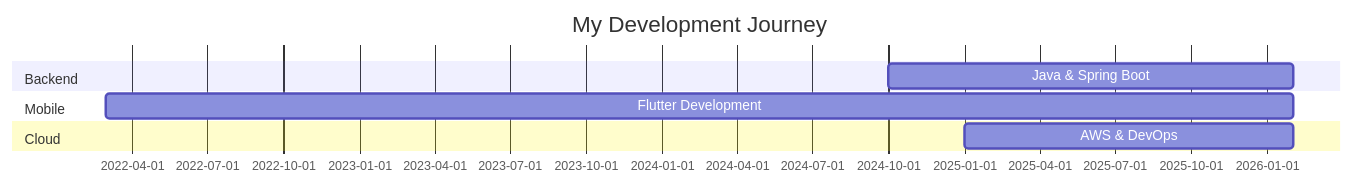
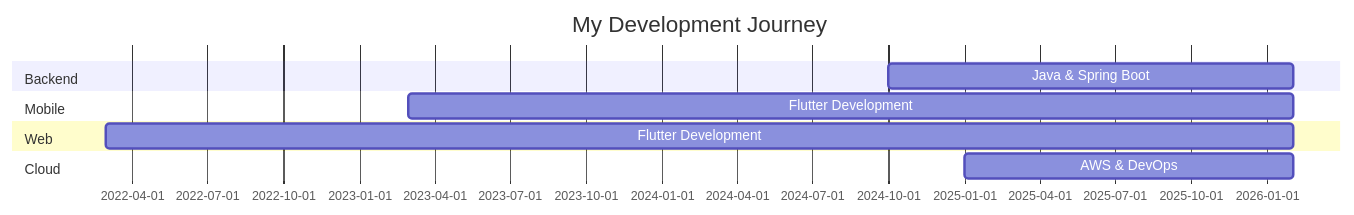
One commit to minhaz74692/minhaz74692 changed the diagram in README.md. Above: the diagram before and after it, drawn with Mermaid. The commit also changed other lines of this file, not shown here.

````diff
--- a/README.md
+++ b/README.md
@@ -207,11 +207,13 @@
 ```mermaid
 gantt
     title My Development Journey
     dateFormat YYYY-MM
     section Backend
     Java & Spring Boot    :2024-10, 2026-02
     section Mobile
+    Flutter Development   :2023-03, 2026-02
+    section Web
     Flutter Development   :2022-03, 2026-02
     section Cloud
     AWS & DevOps          :2025-01, 2026-02
 ```
````
